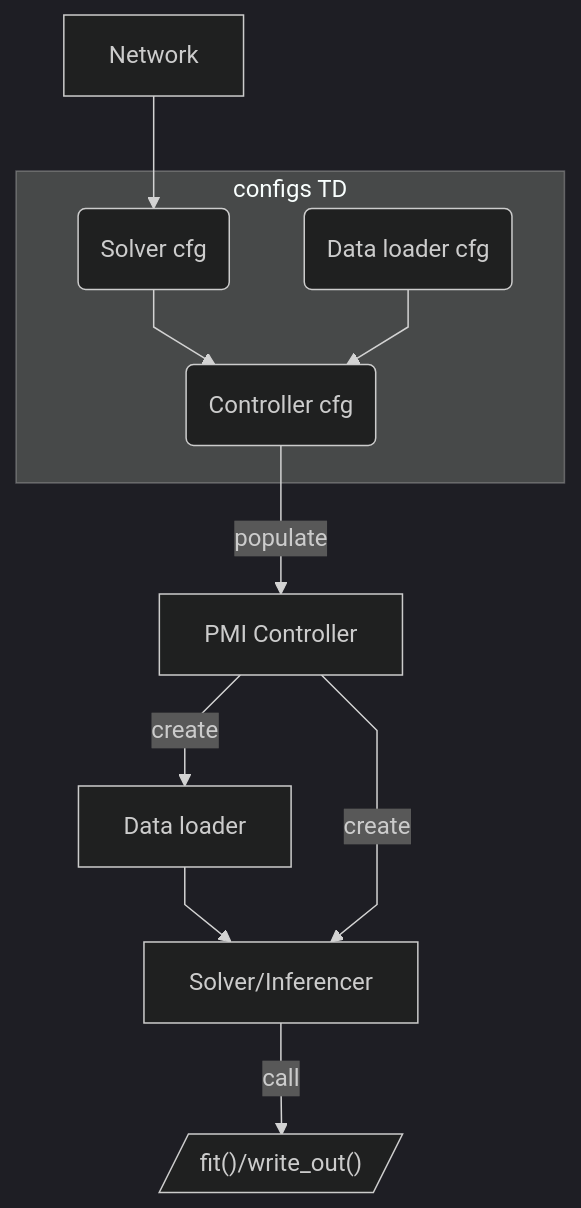
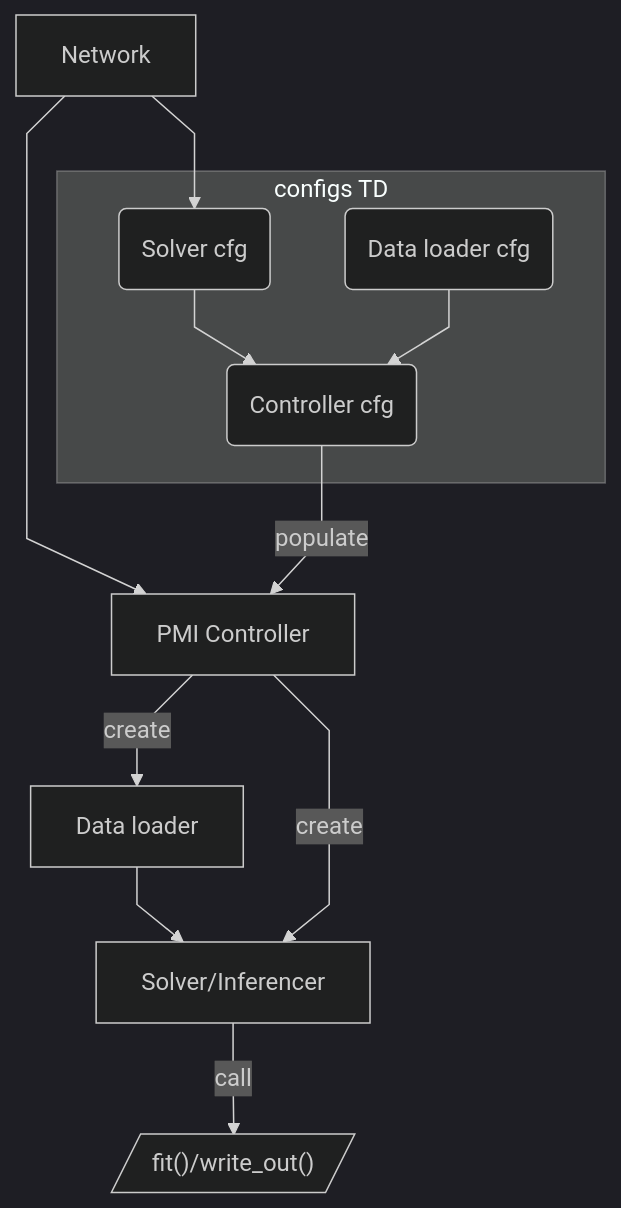
One commit to ml-w/pytorch_medical_imaging changed the third of 3 diagrams in README.md. Above: the diagram before and after it, drawn with Mermaid. The commit also changed 11 other files, not shown here.

````diff
--- a/README.md
+++ b/README.md
@@ -114,16 +114,16 @@
 ```mermaid
 %%{ init : { "theme" : "dark", "flowchart" : { "curve" : "linear"}}}%%
 flowchart TD
-
 	subgraph configs TD
 		sc(Solver cfg)
 		lc(Data loader cfg)
 		sc & lc --> pmic(Controller cfg)
 	end
 	N[Network] --> sc
+        N --> B
 	pmic --> |populate|B[PMI Controller]
 	B --> |create|dl[Data loader] --> Solver["Solver/Inferencer"]
 	B --> |create|Solver
 	Solver --> |call|fit[/"fit()/write_out()"/]
 
 ```
````
